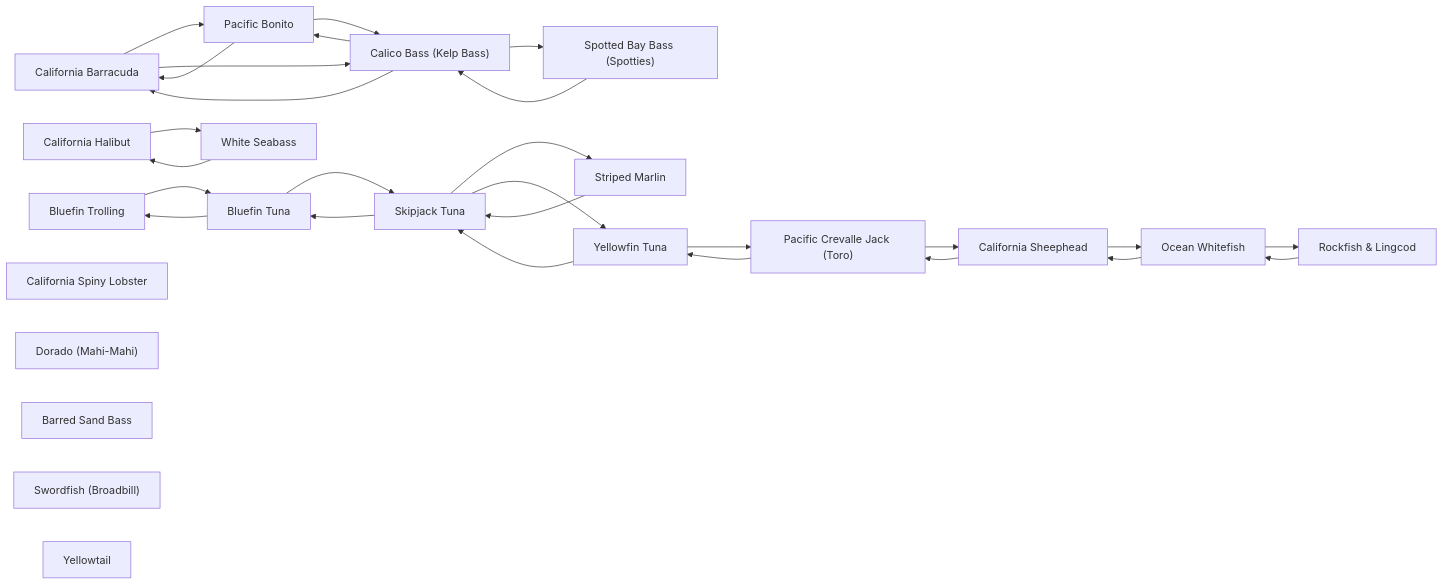
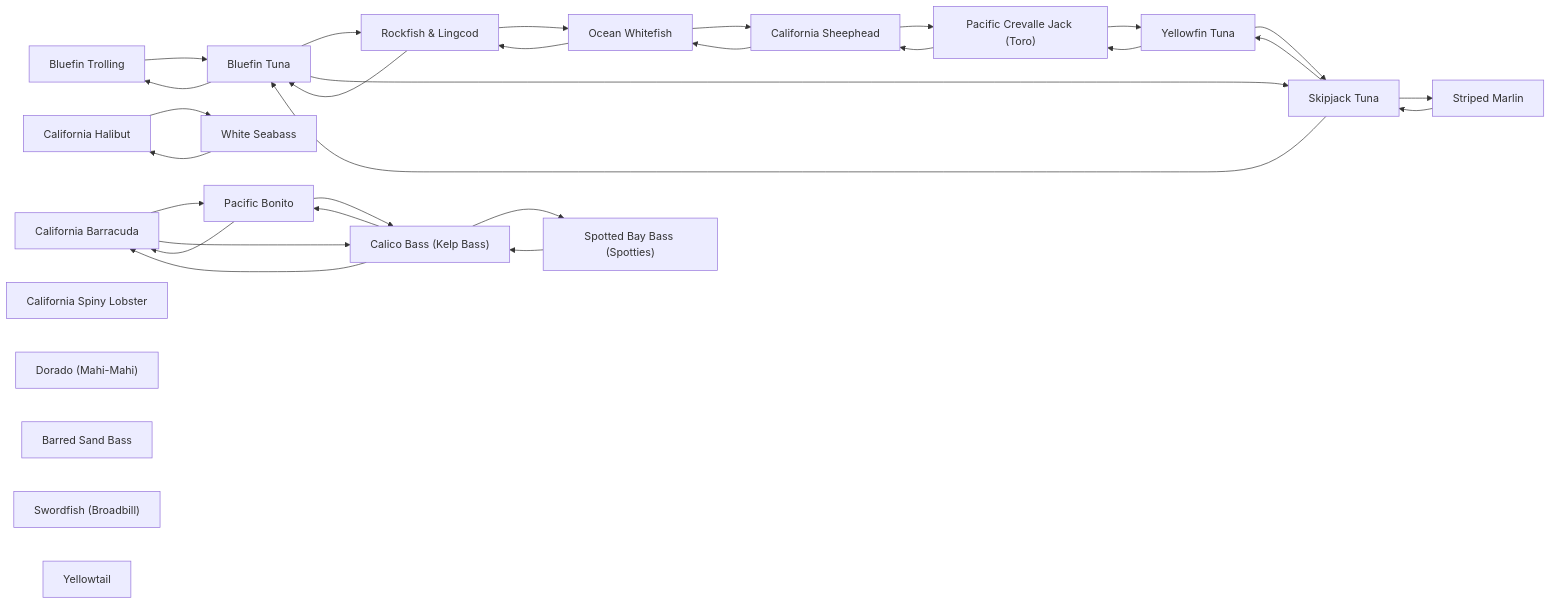
One commit to camchuckpete-max/Socal-Fishing-Knowledge changed the diagram in species/README.md. Above: the diagram before and after it, drawn with Mermaid. The commit also changed 6 other files, not shown here.

````diff
--- a/species/README.md
+++ b/species/README.md
@@ -33,49 +33,51 @@
 ```mermaid
 graph LR
   n0["California Barracuda"]
   n1["Bluefin Trolling"]
   n2["Bluefin Tuna"]
   n3["Pacific Bonito"]
   n4["Calico Bass (Kelp Bass)"]
   n5["California Halibut"]
   n6["California Spiny Lobster"]
   n7["Dorado (Mahi-Mahi)"]
   n8["Ocean Whitefish"]
   n9["Pacific Crevalle Jack (Toro)"]
   n10["Rockfish & Lingcod"]
   n11["Barred Sand Bass"]
   n12["California Sheephead"]
   n13["Skipjack Tuna"]
   n14["Spotted Bay Bass (Spotties)"]
   n15["Striped Marlin"]
   n16["Swordfish (Broadbill)"]
   n17["White Seabass"]
   n18["Yellowfin Tuna"]
   n19["Yellowtail"]
   n0 --> n3
   n0 --> n4
   n1 --> n2
+  n10 --> n2
   n10 --> n8
   n12 --> n8
   n12 --> n9
   n13 --> n15
   n13 --> n18
   n13 --> n2
   n14 --> n4
   n15 --> n13
   n17 --> n5
   n18 --> n13
   n18 --> n9
   n2 --> n1
+  n2 --> n10
   n2 --> n13
   n3 --> n0
   n3 --> n4
   n4 --> n0
   n4 --> n14
   n4 --> n3
   n5 --> n17
   n8 --> n10
   n8 --> n12
   n9 --> n12
   n9 --> n18
 ```
````
